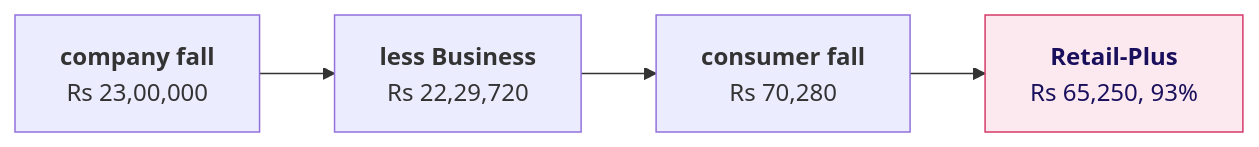
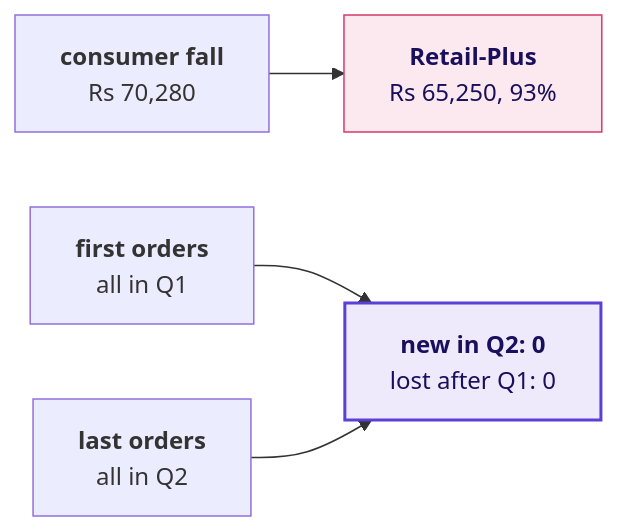
Before and after one commit to fde-academy-lab/c2-content-factory: diagram 26 of 26 in content/W01/D2/slides/C2_W01_D02_half1_STUDENT.md, drawn with Mermaid. The commit also changed other lines of this file and 13 other files, not shown here.

````diff
--- a/content/W01/D2/slides/C2_W01_D02_half1_STUDENT.md
+++ b/content/W01/D2/slides/C2_W01_D02_half1_STUDENT.md
@@ -1225,8 +1233,10 @@
 ```mermaid
 flowchart LR
-    A["<b>company fall</b><br/>Rs 23,00,000"] --> B["<b>less Business</b><br/>Rs 22,29,720"]
-    B --> C["<b>consumer fall</b><br/>Rs 70,280"]
-    C --> D["<b>Retail-Plus</b><br/>Rs 65,250, 93%"]
+    A["<b>consumer fall</b><br/>Rs 70,280"] --> D["<b>Retail-Plus</b><br/>Rs 65,250, 93%"]
+    F["<b>first orders</b><br/>all in Q1"] --> N["<b>new in Q2: 0</b><br/>lost after Q1: 0"]
+    L["<b>last orders</b><br/>all in Q2"] --> N
     classDef bad fill:#FBE9EF,stroke:#D63A6A,color:#1A0F5C
+    classDef known fill:#EEEAFB,stroke:#5B3FD6,color:#1A0F5C,stroke-width:2px
     class D bad
+    class N known
 ```
````
